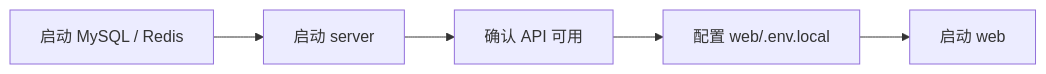
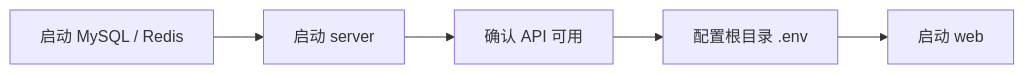
Before and after one commit to fe-spark/EcoHub: the third of 4 diagrams in README.md, drawn with Mermaid. The commit also changed other lines of this file and 46 other files, not shown here.

````diff
--- a/README.md
+++ b/README.md
@@ -152,7 +166,7 @@
 ```mermaid
 flowchart LR
     A["启动 MySQL / Redis"] --> B["启动 server"]
     B --> C["确认 API 可用"]
-    C --> D["配置 web/.env.local"]
+    C --> D["配置根目录 .env"]
     D --> E["启动 web"]
 ```
````
